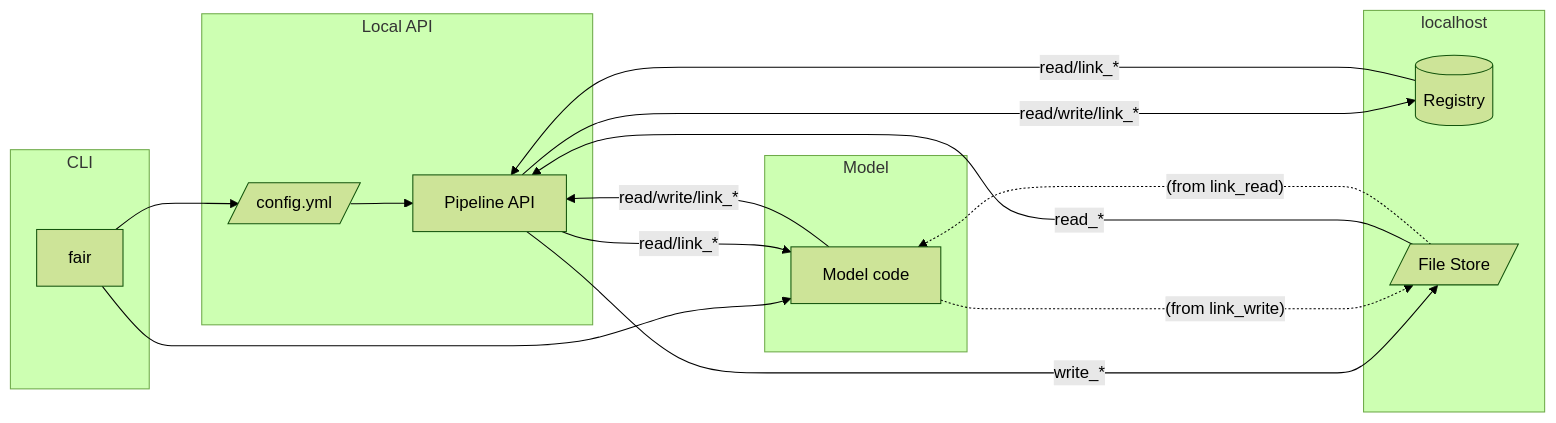
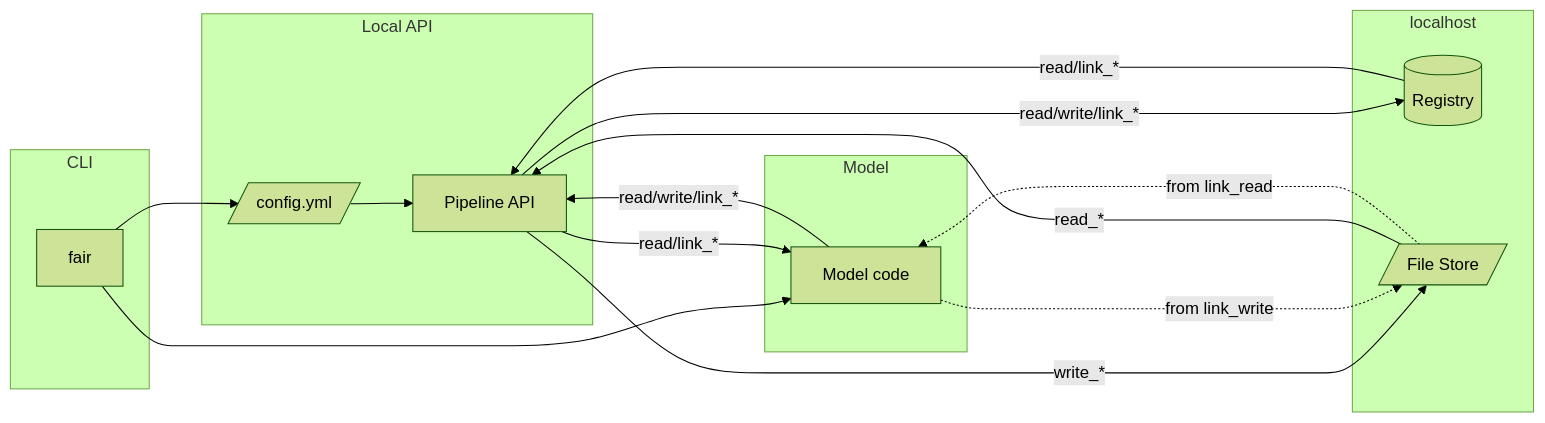
The first of 2 diagrams in content/_index.md (FAIRDataPipeline/hugo_source_files), drawn with Mermaid (forest theme) before and after one commit.

Commit message:
Remove special characters

```diff
--- a/content/_index.md
+++ b/content/_index.md
@@ -23,30 +23,30 @@
 {{<mermaid align="left">}}
 graph LR;
     subgraph CLI
         fair
     end
     subgraph Local API
         API[Pipeline API]
         CY[/config.yml/]
     end
     subgraph localhost
         LR[(Registry)]
         FS[/File Store/]
     end
     subgraph Model
         MC[Model code]
     end
  
     fair --> CY --> API
 
     fair --> MC
 
     MC --> |read/write/link_*| API --> |read/write/link_*| LR
     LR --> |read/link_*| API --> |read/link_*| MC
     API --> |write_*| FS
     FS  --> |read_*| API
 
-    MC -...-> |"(from link_write)"|FS
-    FS -...-> |"(from link_read)"|MC
+    MC -...-> |from link_write|FS
+    FS -...-> |from link_read|MC
 
 {{< /mermaid >}}
```
